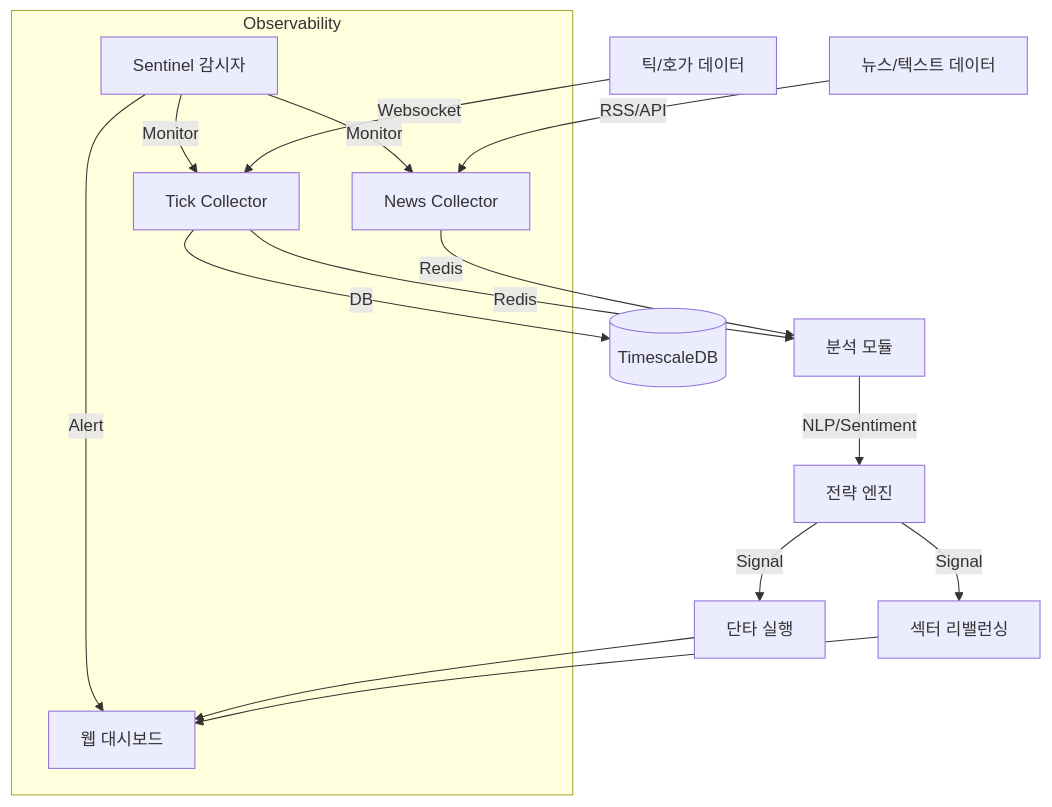
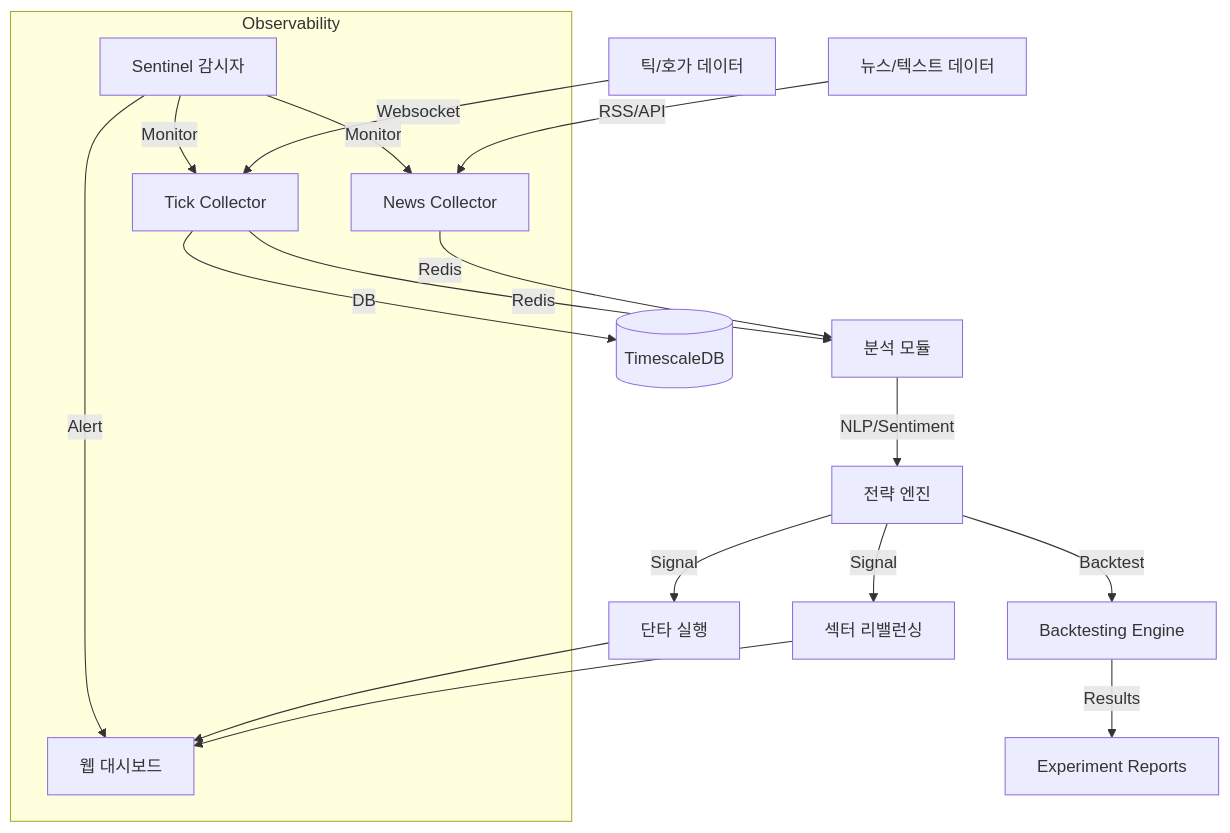
The diagram in README.md (Johnssonslotion/stock_monitoring), drawn with Mermaid before and after one commit. The commit also changed other lines of this file and 5 other files, not shown here.

First line of the commit message:
docs: sync README, master_roadmap, and test_registry with backtest infrastructure

````diff
--- a/README.md
+++ b/README.md
@@ -19,21 +19,24 @@
 ```mermaid
 graph TD
     News[뉴스/텍스트 데이터] -->|RSS/API| NewsCol[News Collector]
     NewsCol -->|Redis| Analysis[분석 모듈]
     Tick[틱/호가 데이터] -->|Websocket| TickCol[Tick Collector]
     TickCol -->|Redis| Analysis
     TickCol -->|DB| TimescaleDB[(TimescaleDB)]
     
     Analysis -->|NLP/Sentiment| Strategy[전략 엔진]
     Strategy -->|Signal| Rebalance[섹터 리밸런싱]
     Strategy -->|Signal| Scalping[단타 실행]
     
+    Strategy -->|Backtest| BT[Backtesting Engine]
+    BT -->|Results| Reports[Experiment Reports]
+    
     Rebalance --> Web[웹 대시보드]
     Scalping --> Web
     
     subgraph Observability
         Sentinel[Sentinel 감시자] -->|Monitor| TickCol
         Sentinel -->|Monitor| NewsCol
         Sentinel -->|Alert| Web
     end
 ```
````
